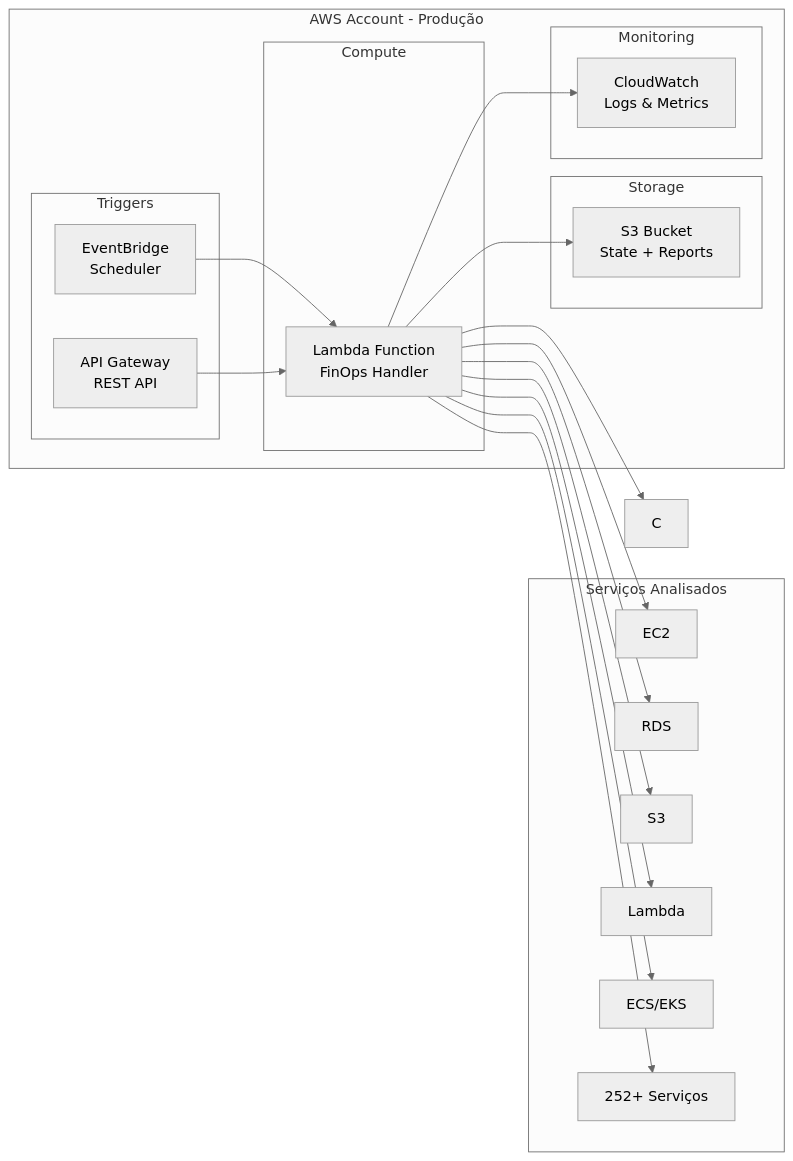
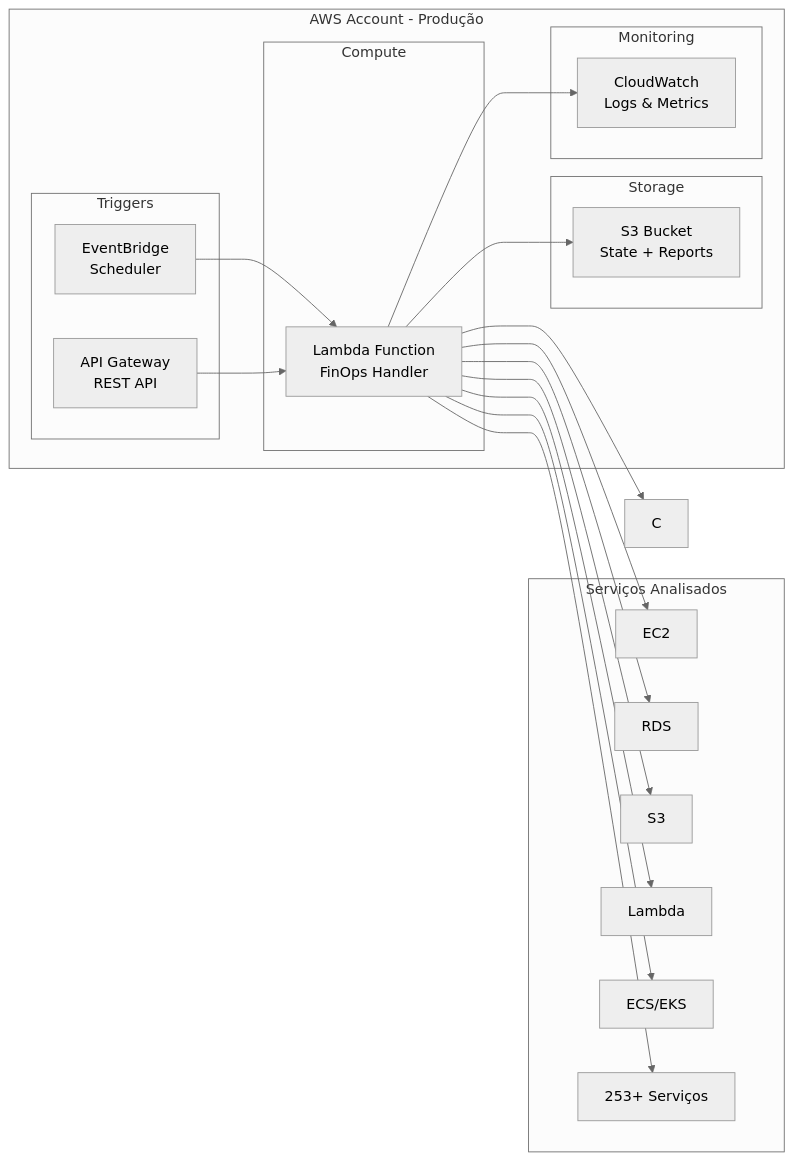
Before and after one commit to FELIPEACASTRO/finops-aws-bdr: the second of 15 diagrams in docs/TECHNICAL_GUIDE.md, drawn with Mermaid (neutral theme). The commit also changed other lines of this file and 10 other files, not shown here.

````diff
--- a/docs/TECHNICAL_GUIDE.md
+++ b/docs/TECHNICAL_GUIDE.md
@@ -68,42 +68,42 @@
 ```mermaid
 graph LR
     subgraph "AWS Account - Produção"
         subgraph "Compute"
             A[Lambda Function<br/>FinOps Handler]
         end
         
         subgraph "Storage"
             B[S3 Bucket<br/>State + Reports]
         end
         
         subgraph "Triggers"
             D[EventBridge<br/>Scheduler]
             E[API Gateway<br/>REST API]
         end
         
         subgraph "Monitoring"
             F[CloudWatch<br/>Logs & Metrics]
         end
     end
     
     subgraph "Serviços Analisados"
         G[EC2]
         H[RDS]
         I[S3]
         J[Lambda]
         K[ECS/EKS]
-        L[252+ Serviços]
+        L[253+ Serviços]
     end
     
     D --> A
     E --> A
     A --> B
     A --> C
     A --> F
     A --> G
     A --> H
     A --> I
     A --> J
     A --> K
     A --> L
 ```
````
